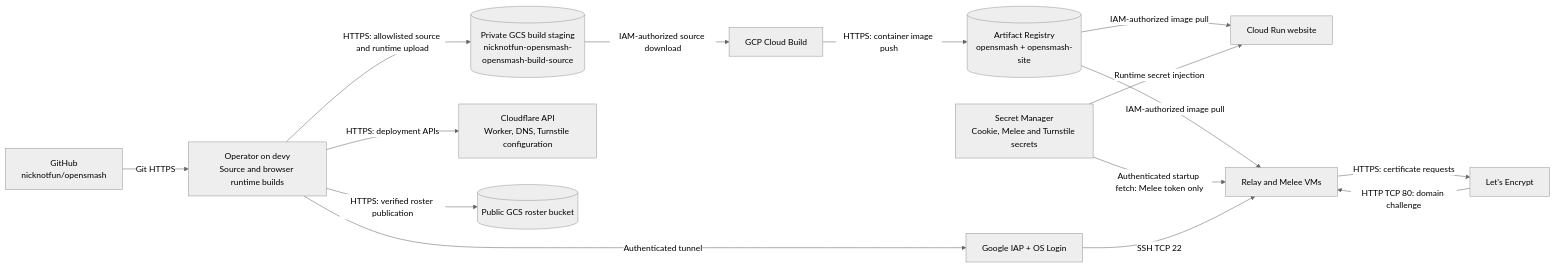
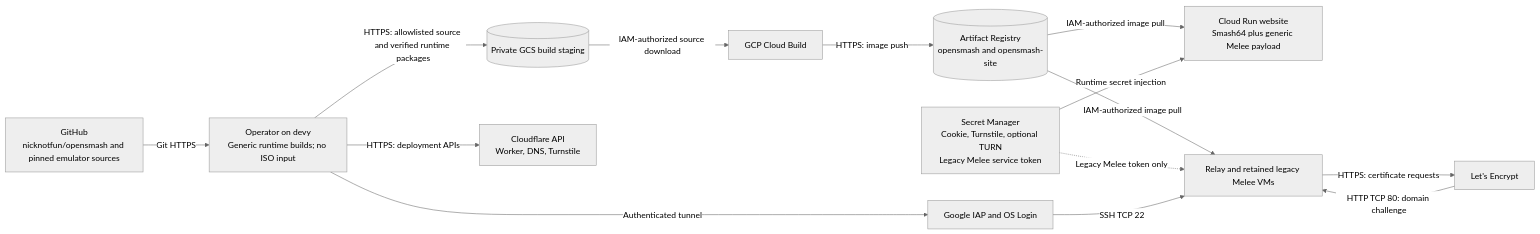
The third of 4 diagrams in deploy/ARCHITECTURE.md (nicknotfun/opensmash), drawn with Mermaid (neutral theme) before and after one commit. The commit also changed other lines of this file and 40 other files, not shown here.

Commit message:
Run Melee in the host browser with relay signaling and WebRTC guests

````diff
--- a/deploy/ARCHITECTURE.md
+++ b/deploy/ARCHITECTURE.md
@@ -154,30 +183,28 @@
 ```mermaid
 flowchart LR
-    repo["GitHub<br/>nicknotfun/opensmash"]
-    devy["Operator on devy<br/>Source and browser runtime builds"]
-    staging[("Private GCS build staging<br/>nicknotfun-opensmash-opensmash-build-source")]
+    repo["GitHub<br/>nicknotfun/opensmash and pinned emulator sources"]
+    devy["Operator on devy<br/>Generic runtime builds; no ISO input"]
+    staging[("Private GCS build staging")]
     build["GCP Cloud Build"]
-    registry[("Artifact Registry<br/>opensmash + opensmash-site")]
-    run["Cloud Run website"]
-    vms["Relay and Melee VMs"]
-    secrets["Secret Manager<br/>Cookie, Melee and Turnstile secrets"]
-    cf["Cloudflare API<br/>Worker, DNS, Turnstile configuration"]
-    iap["Google IAP + OS Login"]
+    registry[("Artifact Registry<br/>opensmash and opensmash-site")]
+    run["Cloud Run website<br/>Smash64 plus generic Melee payload"]
+    vms["Relay and retained legacy Melee VMs"]
+    secrets["Secret Manager<br/>Cookie, Turnstile, optional TURN<br/>Legacy Melee service token"]
+    cf["Cloudflare API<br/>Worker, DNS, Turnstile"]
+    iap["Google IAP and OS Login"]
     acme["Let's Encrypt"]
-    roster[("Public GCS roster bucket")]
 
     repo -->|Git HTTPS| devy
-    devy -->|HTTPS: allowlisted source and runtime upload| staging
+    devy -->|HTTPS: allowlisted source and verified runtime packages| staging
     staging -->|IAM-authorized source download| build
-    build -->|HTTPS: container image push| registry
+    build -->|HTTPS: image push| registry
     registry -->|IAM-authorized image pull| run
     registry -->|IAM-authorized image pull| vms
     secrets -->|Runtime secret injection| run
-    secrets -->|Authenticated startup fetch: Melee token only| vms
+    secrets -.->|Legacy Melee token only| vms
     devy -->|HTTPS: deployment APIs| cf
-    devy -->|HTTPS: verified roster publication| roster
     devy -->|Authenticated tunnel| iap
     iap -->|SSH TCP 22| vms
     vms -->|HTTPS: certificate requests| acme
     acme -->|HTTP TCP 80: domain challenge| vms
 ```
````
